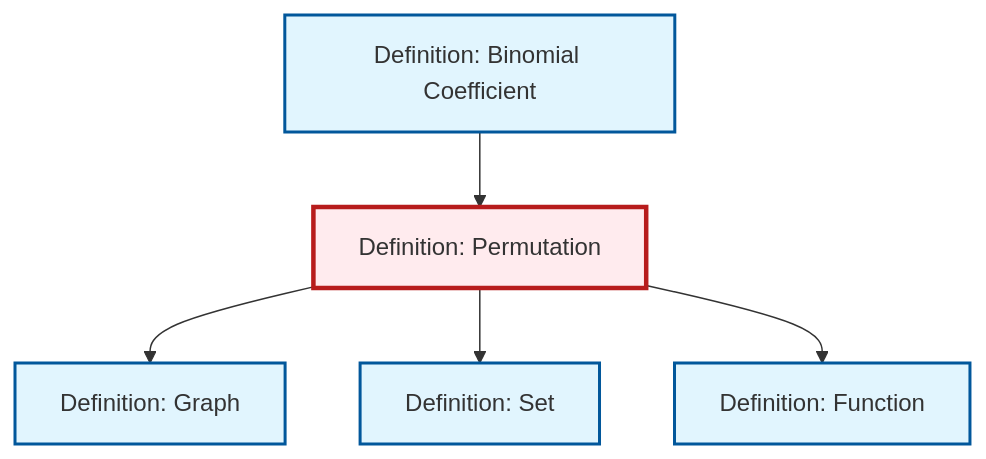
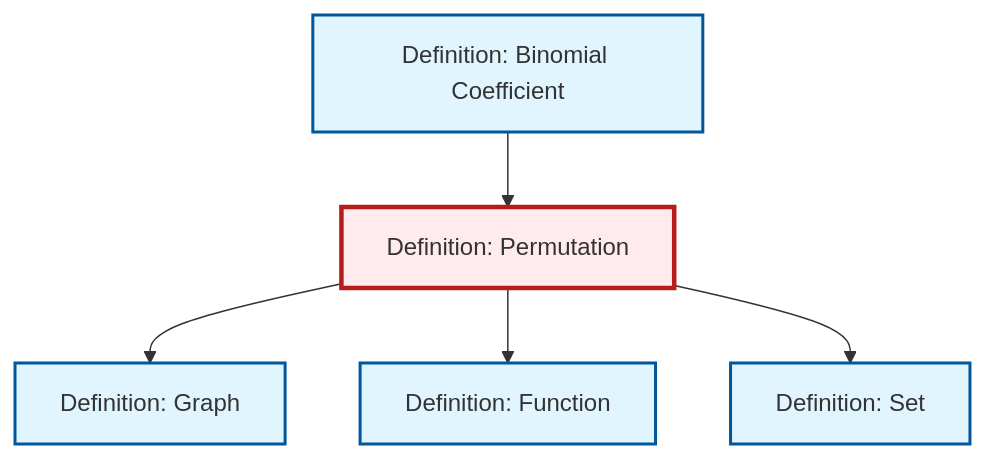
Before and after one commit to RK0429/ModernMath: the diagram in content/ja/combinatorics/def-permutation.qmd, drawn with Mermaid. The commit also changed other lines of this file and 654 other files, not shown here.

````diff
--- a/content/ja/combinatorics/def-permutation.qmd
+++ b/content/ja/combinatorics/def-permutation.qmd
@@ -54,23 +54,23 @@
 ```{mermaid}
 %%| fig-cap: "Local dependency graph"
 graph TD
     classDef definition fill:#e1f5fe,stroke:#01579b,stroke-width:2px
     classDef theorem fill:#f3e5f5,stroke:#4a148c,stroke-width:2px
     classDef axiom fill:#fff3e0,stroke:#e65100,stroke-width:2px
     classDef example fill:#e8f5e9,stroke:#1b5e20,stroke-width:2px
     classDef current fill:#ffebee,stroke:#b71c1c,stroke-width:3px
+    def-set["Definition: Set"]:::definition
+    def-binomial-coefficient["Definition: Binomial Coefficient"]:::definition
+    def-graph["Definition: Graph"]:::definition
     def-permutation["Definition: Permutation"]:::definition
-    def-binomial-coefficient["Definition: Binomial Coefficient"]:::definition
     def-function["Definition: Function"]:::definition
-    def-set["Definition: Set"]:::definition
-    def-graph["Definition: Graph"]:::definition
     def-binomial-coefficient --> def-permutation
     def-permutation --> def-graph
+    def-permutation --> def-function
     def-permutation --> def-set
-    def-permutation --> def-function
     class def-permutation current
+    click def-set "def-set.html" "Definition: Setへ"
     click def-binomial-coefficient "def-binomial-coefficient.html" "Definition: Binomial Coefficientへ"
+    click def-graph "def-graph.html" "Definition: Graphへ"
     click def-function "def-function.html" "Definition: Functionへ"
-    click def-set "def-set.html" "Definition: Setへ"
-    click def-graph "def-graph.html" "Definition: Graphへ"
 ```
````
